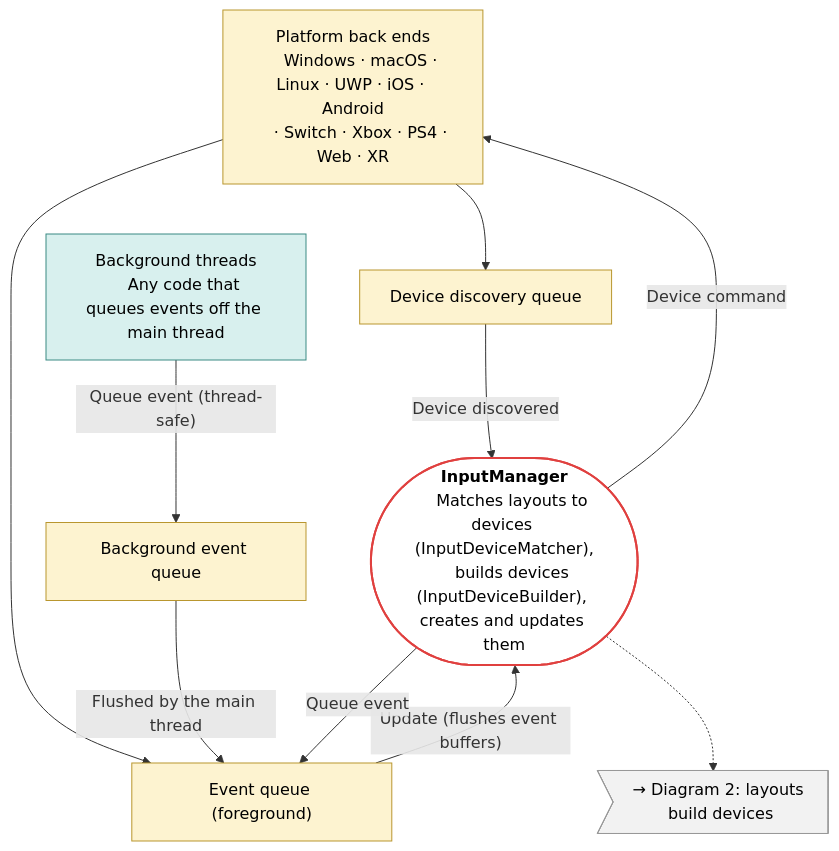
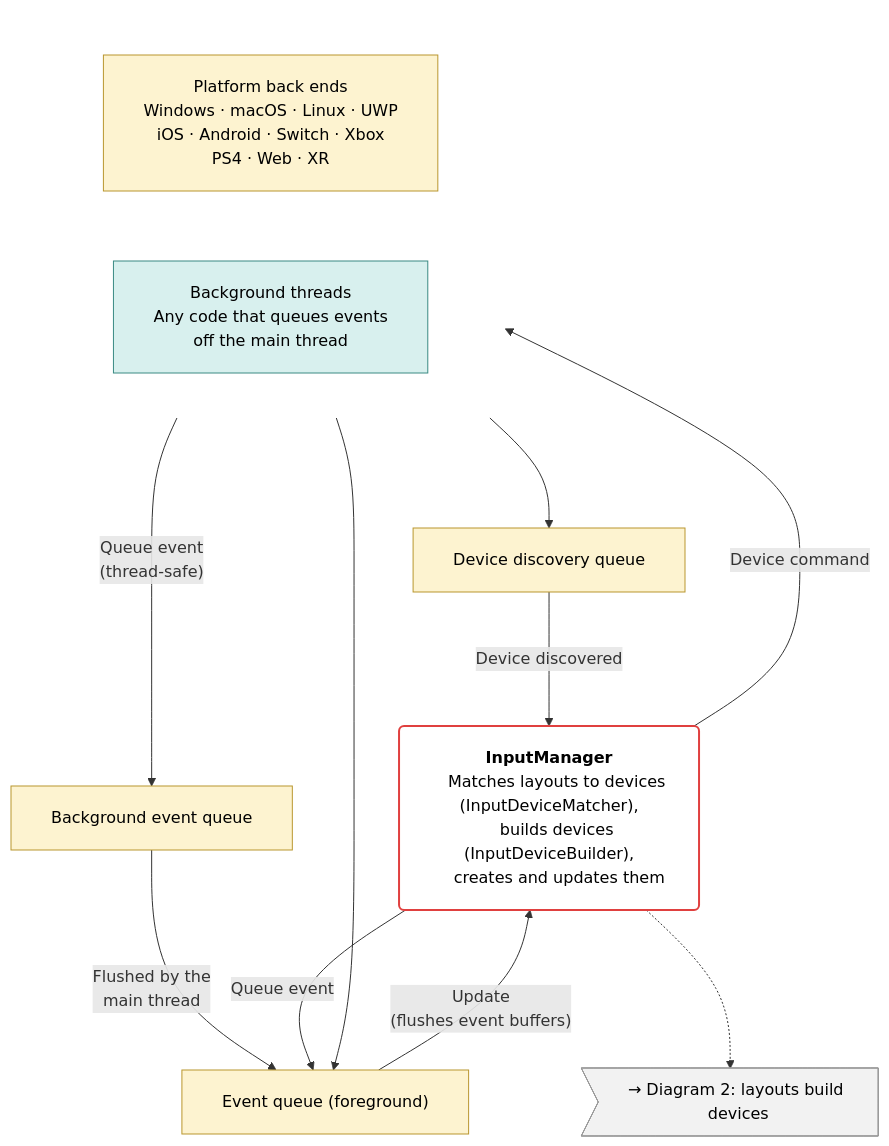
Before and after one commit to Unity-Technologies/InputSystem: the first of 5 diagrams in Packages/com.unity.inputsystem/Documentation~/Architecture.md, drawn with Mermaid.

Commit message:
Uncramping diagram 1

````diff
--- a/Packages/com.unity.inputsystem/Documentation~/Architecture.md
+++ b/Packages/com.unity.inputsystem/Documentation~/Architecture.md
@@ -56,34 +56,49 @@
 ```mermaid
+%%{init: {"flowchart": {"nodeSpacing": 70, "rankSpacing": 110, "padding": 20, "wrappingWidth": 260}}}%%
 flowchart TB
     %% Diagram 1: platform back ends queue events
     backends["Platform back ends
-    Windows · macOS · Linux · UWP · iOS · Android
-    · Switch · Xbox · PS4 · Web · XR"]
+    Windows · macOS · Linux · UWP
+    iOS · Android · Switch · Xbox
+    PS4 · Web · XR"]
+    threads["Background threads
+    Any code that queues events
+    off the main thread"]
+    %% Invisible group keeps both event sources on the top row.
+    subgraph SRC[" "]
+        direction LR
+        backends
+        threads
+    end
     DDQ["Device discovery queue"]
+    BEQ["Background event queue"]
     EQ["Event queue (foreground)"]
-    BEQ["Background event queue"]
-    threads["Background threads
-    Any code that queues events off the main thread"]
-    InputManager(["<b>InputManager</b>
+    InputManager("<b>InputManager</b>
     Matches layouts to devices (InputDeviceMatcher),
-    builds devices (InputDeviceBuilder), creates and updates them"])
+    builds devices (InputDeviceBuilder),
+    creates and updates them")
 
-    backends --> DDQ & EQ
-    threads -->|"Queue event (thread-safe)"| BEQ
+    backends --> DDQ
+    backends --> EQ
+    threads -->|"Queue event
+    (thread-safe)"| BEQ
     DDQ -->|"Device discovered"| InputManager
-    EQ -->|"Update (flushes event buffers)"| InputManager
-    BEQ -->|"Flushed by the main thread"| EQ
+    BEQ -->|"Flushed by the
+    main thread"| EQ
+    EQ -->|"Update
+    (flushes event buffers)"| InputManager
     InputManager -->|"Queue event"| EQ
     InputManager -->|"Device command"| backends
 
     InputManager -.-> out1>"→ Diagram 2: layouts build devices"]
 
     classDef runtime fill:#fdf3d0,stroke:#b9962e,color:#000;
     classDef manager fill:#ffffff,stroke:#e0403f,stroke-width:2px,color:#000;
     classDef signpost fill:#f2f2f2,stroke:#999,color:#000;
     classDef threaded fill:#d8f0ee,stroke:#3a8a83,color:#000;
     class backends,DDQ,EQ,BEQ runtime;
     class threads threaded;
     class InputManager manager;
     class out1 signpost;
+    style SRC fill:none,stroke:none;
 ```
````
